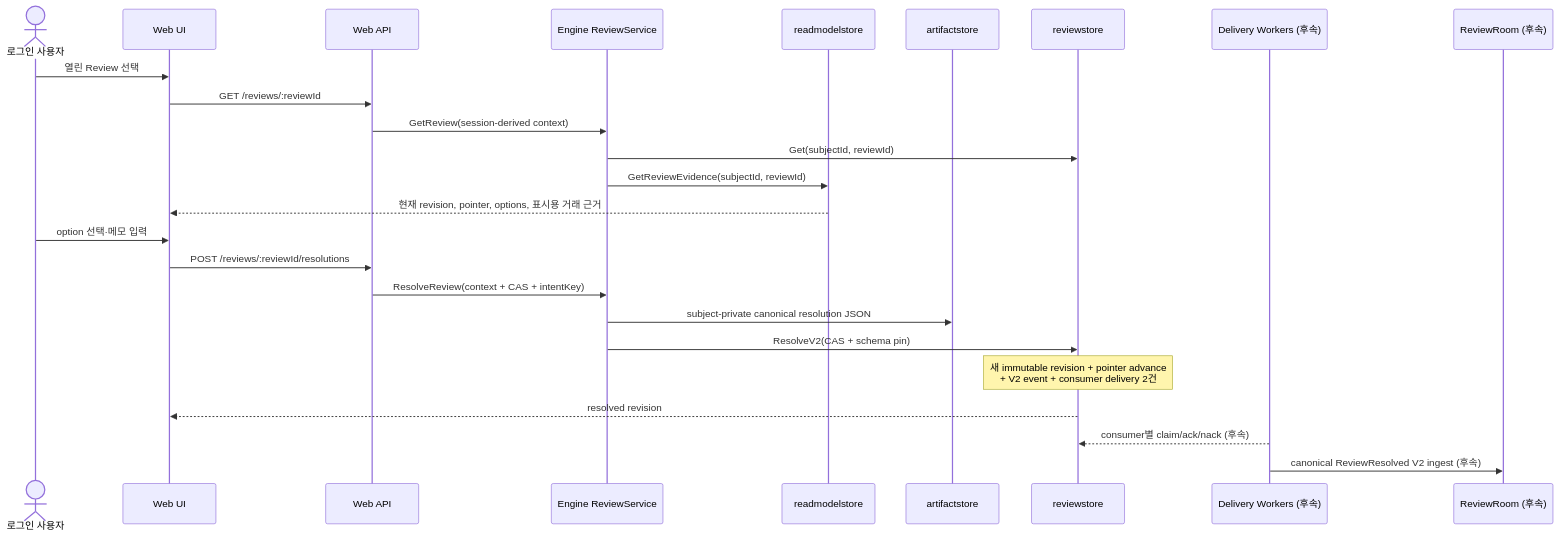
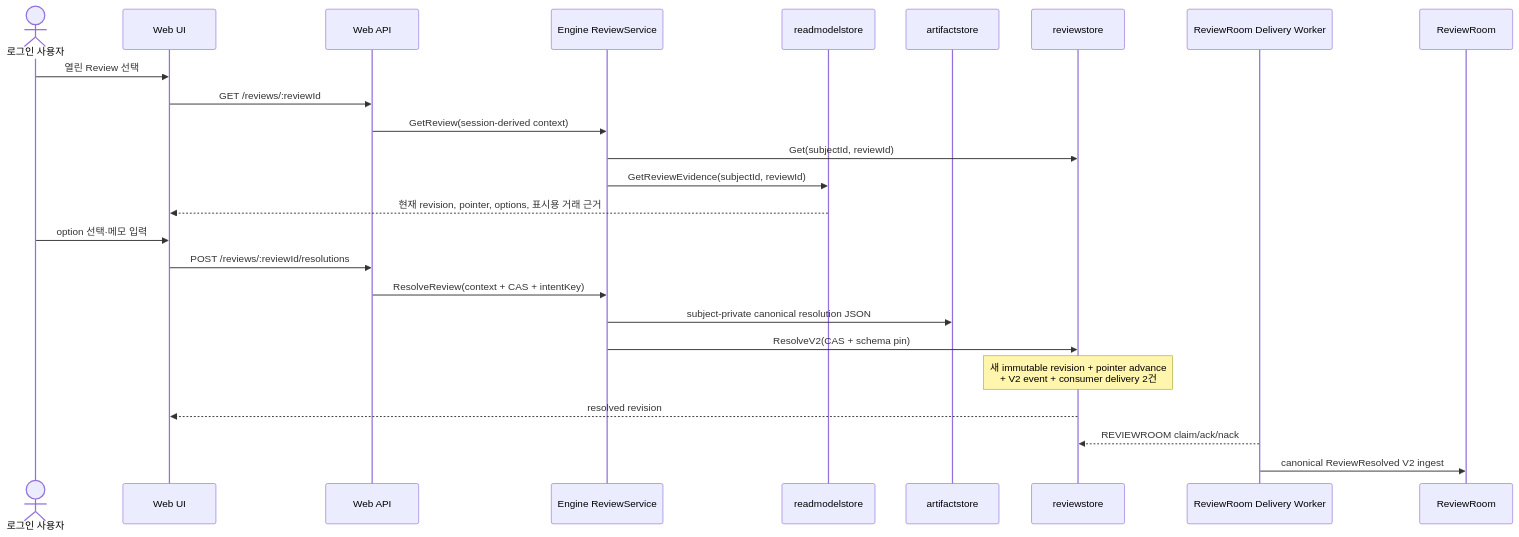
Before and after one commit to BackwardLabs/daejang: the diagram in docs/review-resolution-flow.md, drawn with Mermaid. The commit also changed other lines of this file and 4 other files, not shown here.

````diff
--- a/docs/review-resolution-flow.md
+++ b/docs/review-resolution-flow.md
@@ -11,28 +12,28 @@
 ```mermaid
 sequenceDiagram
   actor User as 로그인 사용자
   participant Web as Web UI
   participant BFF as Web API
   participant Engine as Engine ReviewService
   participant QueryDB as readmodelstore
   participant Artifact as artifactstore
   participant ReviewDB as reviewstore
-  participant Delivery as Delivery Workers (후속)
-  participant Room as ReviewRoom (후속)
+  participant Delivery as ReviewRoom Delivery Worker
+  participant Room as ReviewRoom
 
   User->>Web: 열린 Review 선택
   Web->>BFF: GET /reviews/:reviewId
   BFF->>Engine: GetReview(session-derived context)
   Engine->>ReviewDB: Get(subjectId, reviewId)
   Engine->>QueryDB: GetReviewEvidence(subjectId, reviewId)
   QueryDB-->>Web: 현재 revision, pointer, options, 표시용 거래 근거
   User->>Web: option 선택·메모 입력
   Web->>BFF: POST /reviews/:reviewId/resolutions
   BFF->>Engine: ResolveReview(context + CAS + intentKey)
   Engine->>Artifact: subject-private canonical resolution JSON
   Engine->>ReviewDB: ResolveV2(CAS + schema pin)
   Note over ReviewDB: 새 immutable revision + pointer advance<br/>+ V2 event + consumer delivery 2건
   ReviewDB-->>Web: resolved revision
-  Delivery-->>ReviewDB: consumer별 claim/ack/nack (후속)
-  Delivery->>Room: canonical ReviewResolved V2 ingest (후속)
+  Delivery-->>ReviewDB: REVIEWROOM claim/ack/nack
+  Delivery->>Room: canonical ReviewResolved V2 ingest
 ```
````
